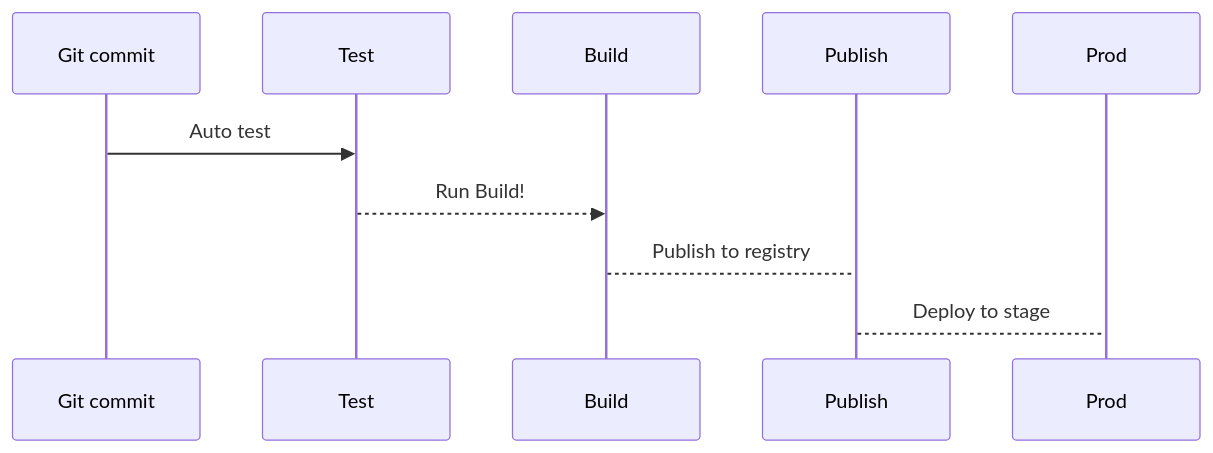
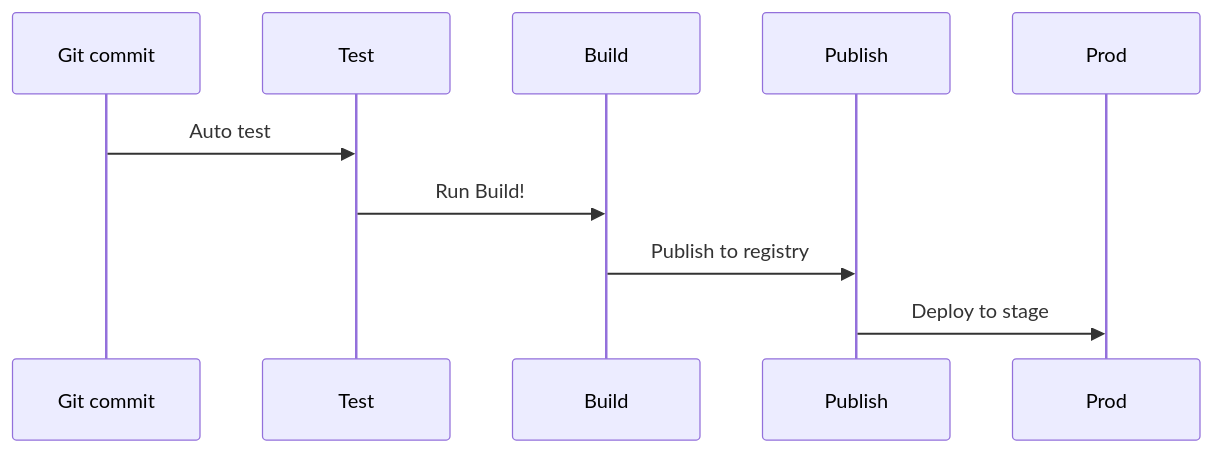
One commit to geksogen/CI-CD_demo changed the diagram in README.md. Above: the diagram before and after it, drawn with Mermaid.

````diff
--- a/README.md
+++ b/README.md
@@ -8,7 +8,7 @@
 ```mermaid
 sequenceDiagram
     Git commit->>Test: Auto test
-    Test-->>Build: Run Build!
-    Build-->Publish: Publish to registry
-    Publish-->Prod: Deploy to stage
+    Test->>Build: Run Build!
+    Build->>Publish: Publish to registry
+    Publish->>Prod: Deploy to stage
 ```
````
